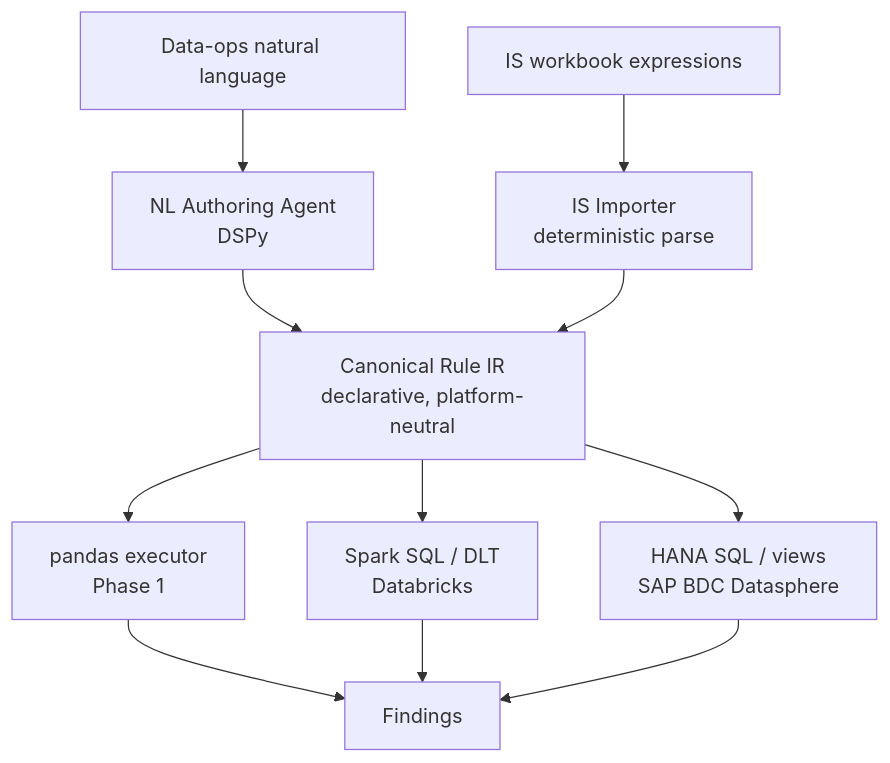
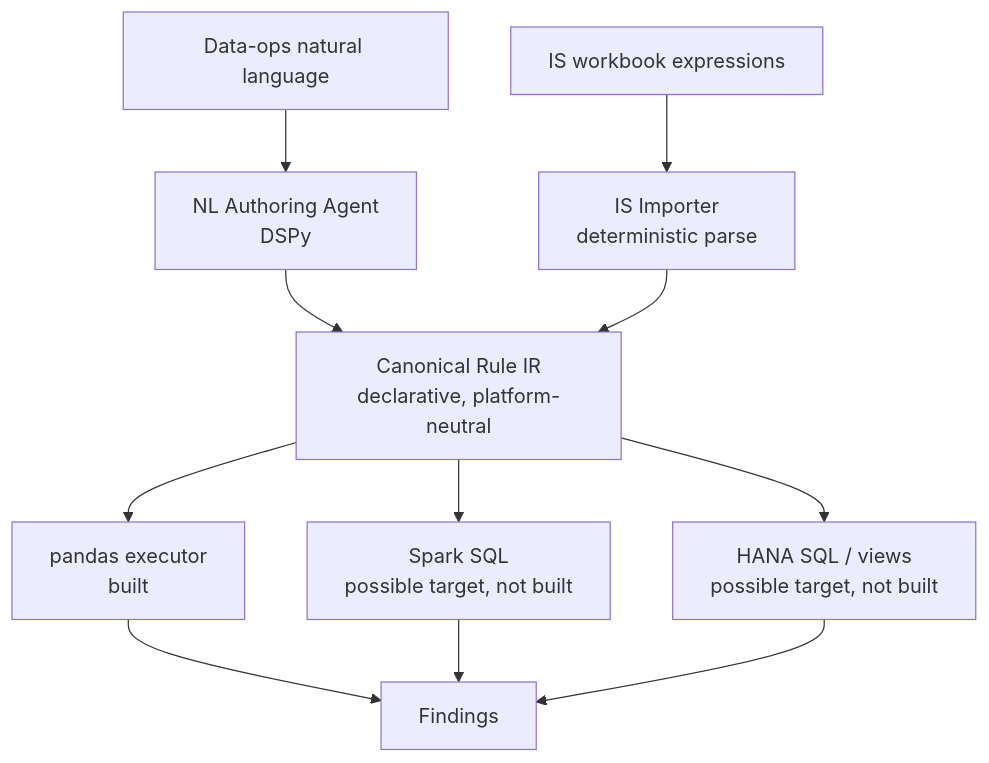
Before and after one commit to Lookieman/agentdq: the fifth of 6 diagrams in docs/agentdq-project-plan.md, drawn with Mermaid. The commit also changed other lines of this file and 8 other files, not shown here.

````diff
--- a/docs/agentdq-project-plan.md
+++ b/docs/agentdq-project-plan.md
@@ -779,13 +795,13 @@
 ```mermaid
 graph TD
     NL[Data-ops natural language] --> AGENT[NL Authoring Agent<br/>DSPy]
     IS[IS workbook expressions] --> IMP[IS Importer<br/>deterministic parse]
     AGENT --> IR[Canonical Rule IR<br/>declarative, platform-neutral]
     IMP --> IR
-    IR --> P1[pandas executor<br/>Phase 1]
-    IR --> P2A[Spark SQL / DLT<br/>Databricks]
-    IR --> P2B[HANA SQL / views<br/>SAP BDC Datasphere]
+    IR --> P1[pandas executor<br/>built]
+    IR --> P2A[Spark SQL<br/>possible target, not built]
+    IR --> P2B[HANA SQL / views<br/>possible target, not built]
     P1 --> FIND[Findings]
     P2A --> FIND
     P2B --> FIND
 ```
````
